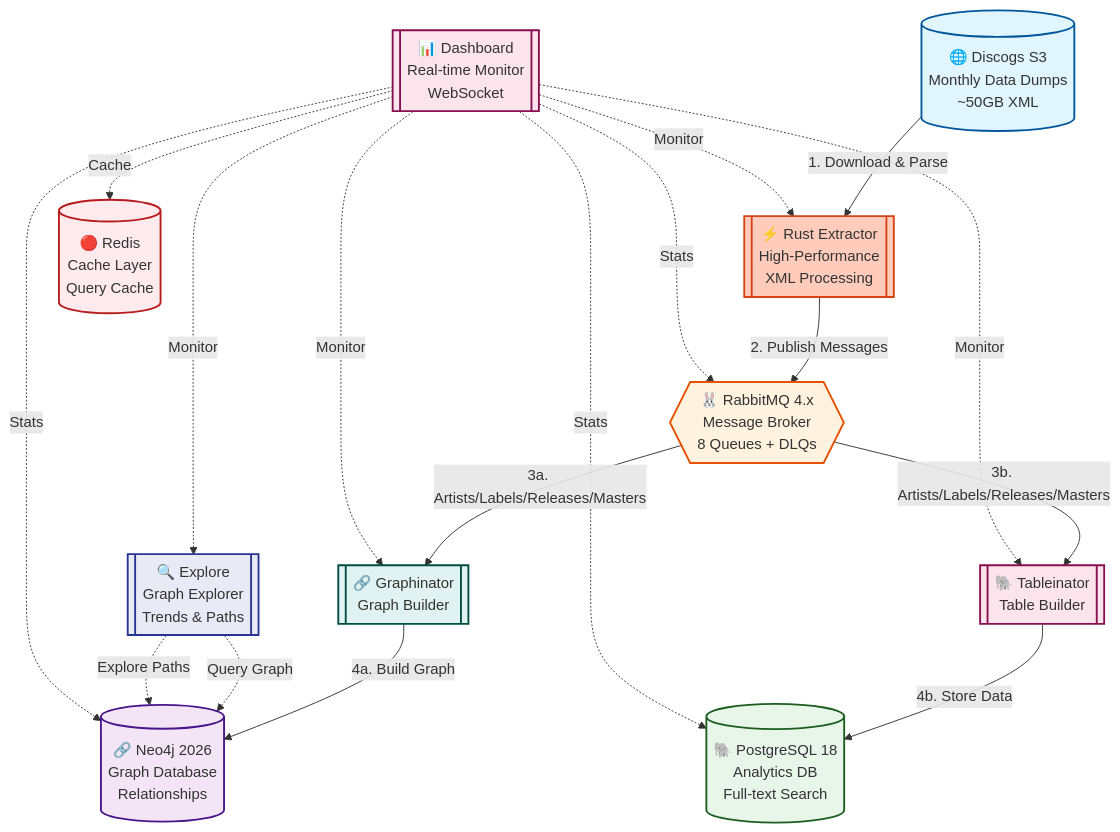
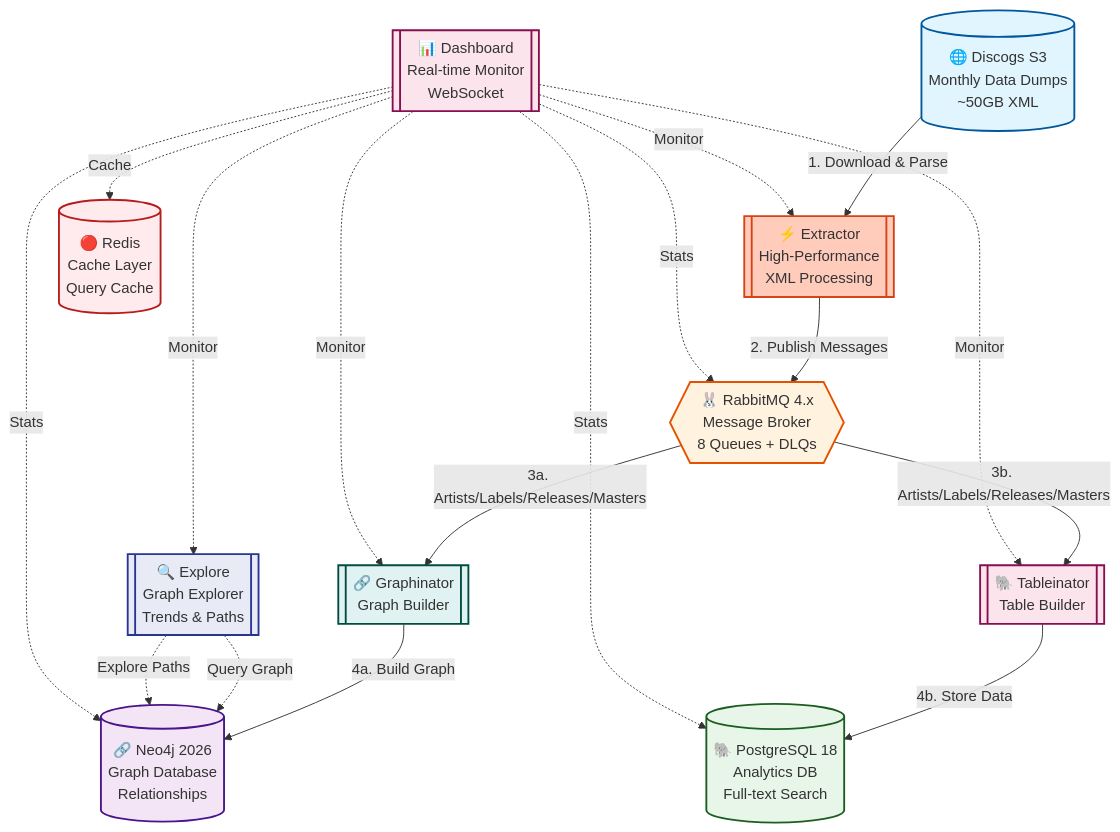
Before and after one commit to SimplicityGuy/discogsography: the diagram in README.md, drawn with Mermaid. The commit also changed other lines of this file and 59 other files, not shown here.

````diff
--- a/README.md
+++ b/README.md
@@ -53,43 +53,43 @@
 ```mermaid
 graph TD
     S3[("🌐 Discogs S3<br/>Monthly Data Dumps<br/>~50GB XML")]
-    RSEXT[["⚡ Rust Extractor<br/>High-Performance<br/>XML Processing"]]
+    EXT[["⚡ Extractor<br/>High-Performance<br/>XML Processing"]]
     RMQ{{"🐰 RabbitMQ 4.x<br/>Message Broker<br/>8 Queues + DLQs"}}
     NEO4J[("🔗 Neo4j 2026<br/>Graph Database<br/>Relationships")]
     PG[("🐘 PostgreSQL 18<br/>Analytics DB<br/>Full-text Search")]
     REDIS[("🔴 Redis<br/>Cache Layer<br/>Query Cache")]
     GRAPH[["🔗 Graphinator<br/>Graph Builder"]]
     TABLE[["🐘 Tableinator<br/>Table Builder"]]
     DASH[["📊 Dashboard<br/>Real-time Monitor<br/>WebSocket"]]
     EXPLORE[["🔍 Explore<br/>Graph Explorer<br/>Trends & Paths"]]
 
-    S3 -->|1. Download & Parse| RSEXT
-    RSEXT -->|2. Publish Messages| RMQ
+    S3 -->|1. Download & Parse| EXT
+    EXT -->|2. Publish Messages| RMQ
     RMQ -->|3a. Artists/Labels/Releases/Masters| GRAPH
     RMQ -->|3b. Artists/Labels/Releases/Masters| TABLE
     GRAPH -->|4a. Build Graph| NEO4J
     TABLE -->|4b. Store Data| PG
 
     EXPLORE -.->|Query Graph| NEO4J
     EXPLORE -.->|Explore Paths| NEO4J
 
-    DASH -.->|Monitor| RSEXT
+    DASH -.->|Monitor| EXT
     DASH -.->|Monitor| GRAPH
     DASH -.->|Monitor| TABLE
     DASH -.->|Monitor| EXPLORE
     DASH -.->|Cache| REDIS
     DASH -.->|Stats| RMQ
     DASH -.->|Stats| NEO4J
     DASH -.->|Stats| PG
 
     style S3 fill:#e1f5fe,stroke:#01579b,stroke-width:2px
-    style RSEXT fill:#ffccbc,stroke:#d84315,stroke-width:2px
+    style EXT fill:#ffccbc,stroke:#d84315,stroke-width:2px
     style RMQ fill:#fff3e0,stroke:#e65100,stroke-width:2px
     style NEO4J fill:#f3e5f5,stroke:#4a148c,stroke-width:2px
     style PG fill:#e8f5e9,stroke:#1b5e20,stroke-width:2px
     style REDIS fill:#ffebee,stroke:#b71c1c,stroke-width:2px
     style GRAPH fill:#e0f2f1,stroke:#004d40,stroke-width:2px
     style TABLE fill:#fce4ec,stroke:#880e4f,stroke-width:2px
     style DASH fill:#fce4ec,stroke:#880e4f,stroke-width:2px
     style EXPLORE fill:#e8eaf6,stroke:#283593,stroke-width:2px
 ```
````
